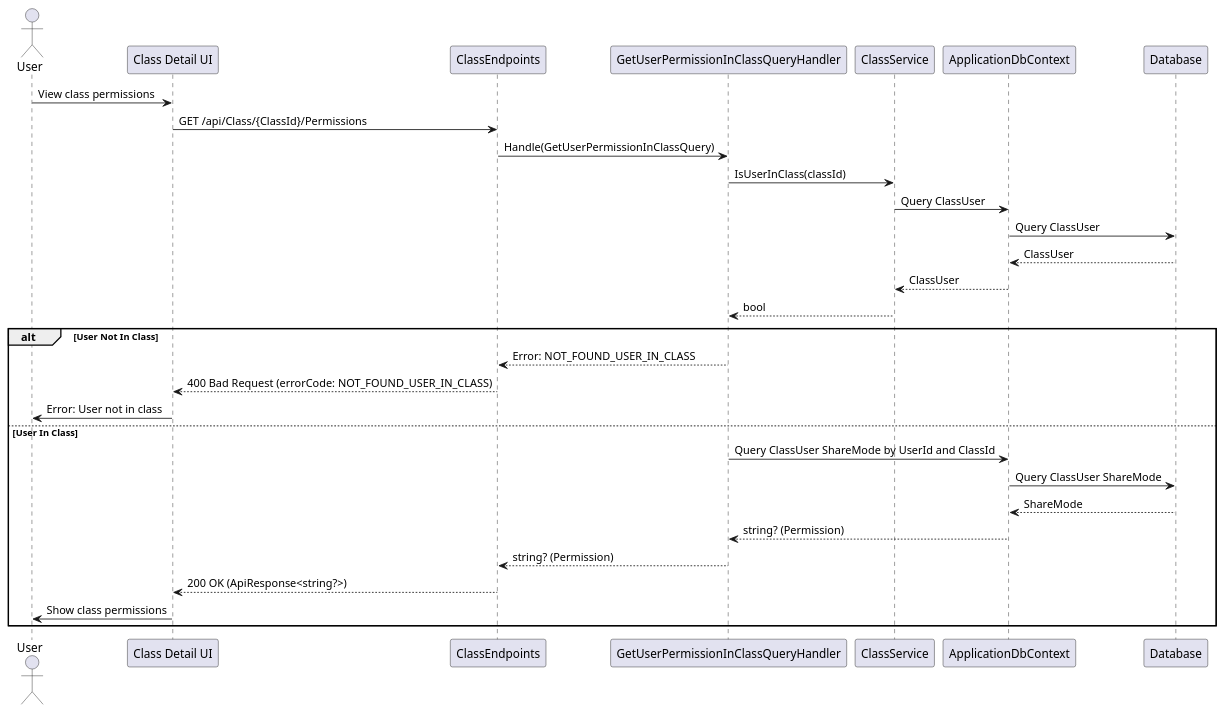
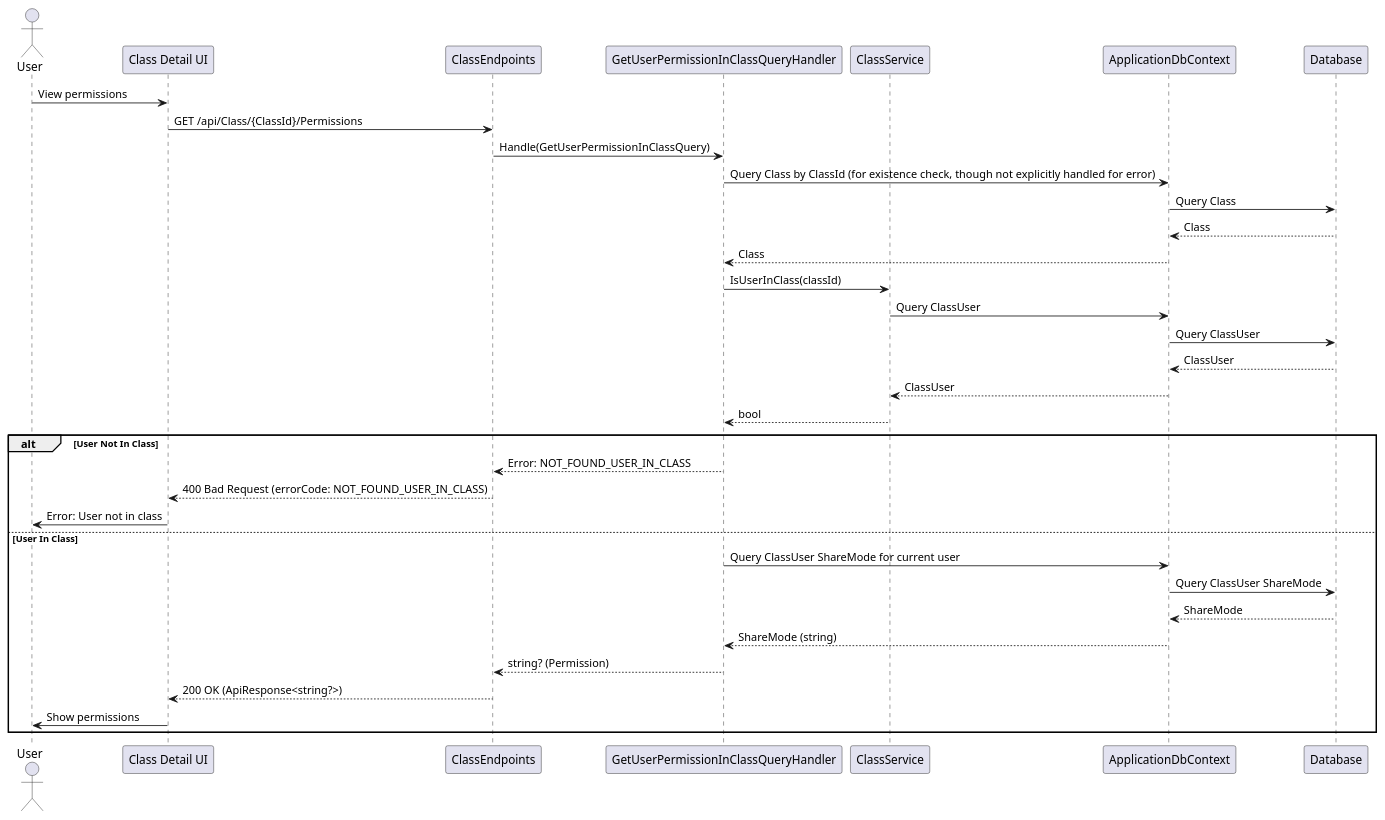
The diagram in classes/Sequence/GetUserPermissionInClassQuery.puml (thanhkhac/SEP_Diagram), drawn with PlantUML before and after one commit. The commit also changed 12 other files, not shown here.

Commit message:
Add sequence diagrams for QuestionSet operations

```diff
--- a/classes/Sequence/GetUserPermissionInClassQuery.puml
+++ b/classes/Sequence/GetUserPermissionInClassQuery.puml
@@ -1,32 +1,36 @@
 @startuml
 actor User
 participant "Class Detail UI" as UI
 participant ClassEndpoints
 participant GetUserPermissionInClassQueryHandler as Handler
 participant ClassService
 participant ApplicationDbContext
 participant Database
 
-User -> UI : View class permissions
+User -> UI : View permissions
 UI -> ClassEndpoints : GET /api/Class/{ClassId}/Permissions
 ClassEndpoints -> Handler : Handle(GetUserPermissionInClassQuery)
+Handler -> ApplicationDbContext : Query Class by ClassId (for existence check, though not explicitly handled for error)
+ApplicationDbContext -> Database : Query Class
+Database --> ApplicationDbContext : Class
+ApplicationDbContext --> Handler : Class
 Handler -> ClassService : IsUserInClass(classId)
 ClassService -> ApplicationDbContext : Query ClassUser
 ApplicationDbContext -> Database : Query ClassUser
 Database --> ApplicationDbContext : ClassUser
 ApplicationDbContext --> ClassService : ClassUser
 ClassService --> Handler : bool
 alt User Not In Class
     Handler --> ClassEndpoints : Error: NOT_FOUND_USER_IN_CLASS
     ClassEndpoints --> UI : 400 Bad Request (errorCode: NOT_FOUND_USER_IN_CLASS)
     UI -> User : Error: User not in class
 else User In Class
-    Handler -> ApplicationDbContext : Query ClassUser ShareMode by UserId and ClassId
+    Handler -> ApplicationDbContext : Query ClassUser ShareMode for current user
     ApplicationDbContext -> Database : Query ClassUser ShareMode
     Database --> ApplicationDbContext : ShareMode
-    ApplicationDbContext --> Handler : string? (Permission)
+    ApplicationDbContext --> Handler : ShareMode (string)
     Handler --> ClassEndpoints : string? (Permission)
     ClassEndpoints --> UI : 200 OK (ApiResponse<string?>)
-    UI -> User : Show class permissions
+    UI -> User : Show permissions
 end
 @enduml
```
